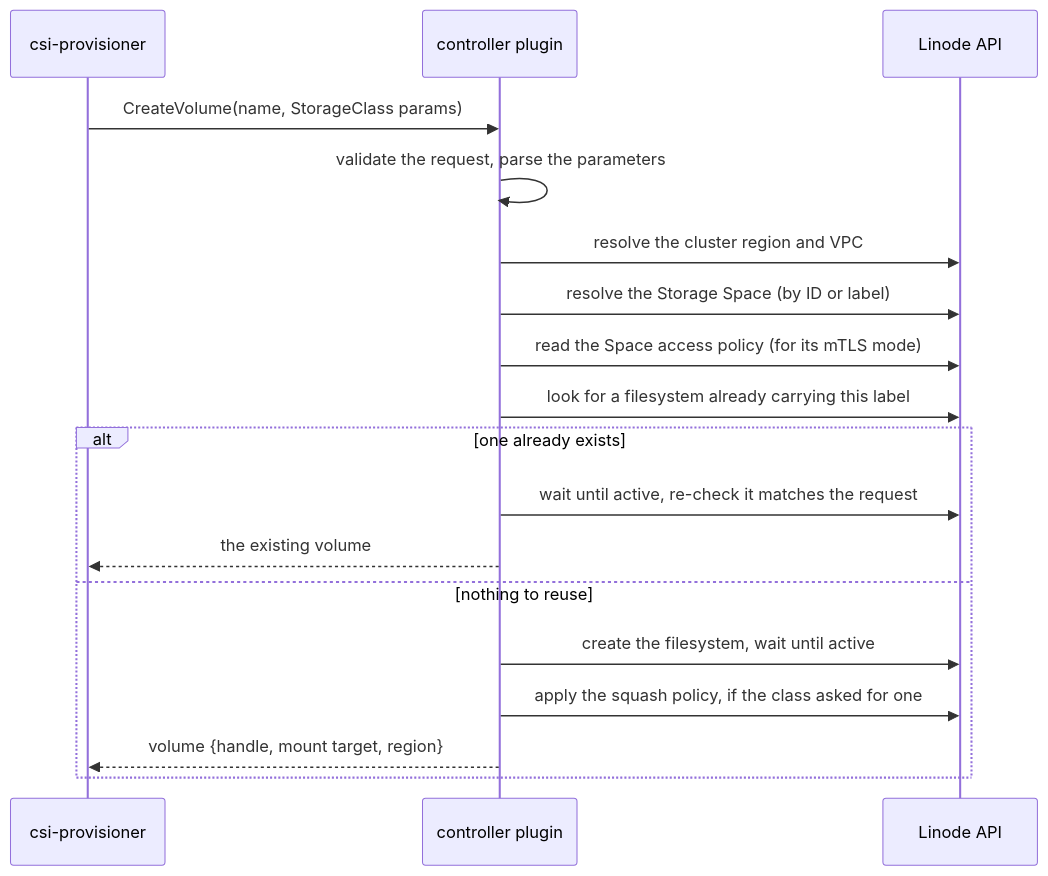
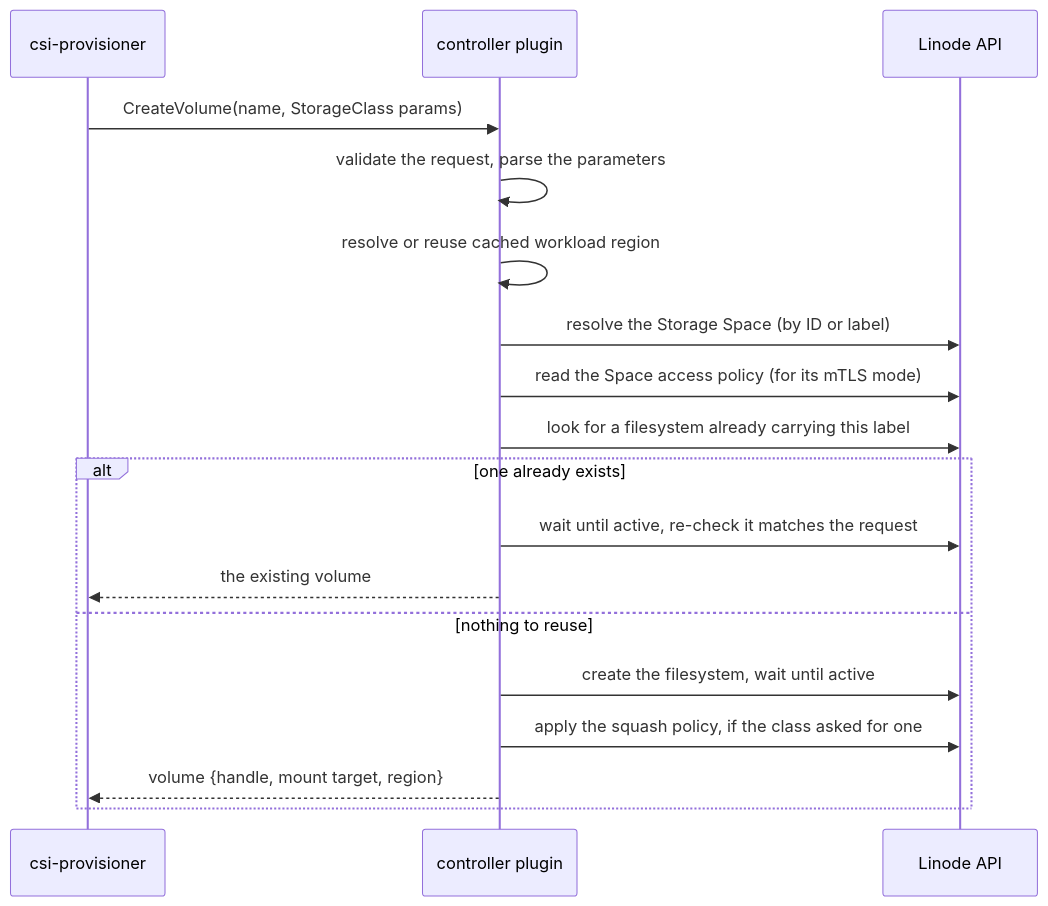
The first of 3 diagrams in docs/architecture.md (linode/linode-filestorage-csi-driver), drawn with Mermaid before and after one commit. The commit also changed other lines of this file and 20 other files, not shown here.

First line of the commit message:
[improvement] Cache controller region discovery and remove VPC lookups (#105)

````diff
--- a/docs/architecture.md
+++ b/docs/architecture.md
@@ -201,20 +193,20 @@
 ```mermaid
 sequenceDiagram
     participant P as csi-provisioner
     participant C as controller plugin
     participant L as Linode API
     P->>C: CreateVolume(name, StorageClass params)
     C->>C: validate the request, parse the parameters
-    C->>L: resolve the cluster region and VPC
+    C->>C: resolve or reuse cached workload region
     C->>L: resolve the Storage Space (by ID or label)
     C->>L: read the Space access policy (for its mTLS mode)
     C->>L: look for a filesystem already carrying this label
     alt one already exists
         C->>L: wait until active, re-check it matches the request
         C-->>P: the existing volume
     else nothing to reuse
         C->>L: create the filesystem, wait until active
         C->>L: apply the squash policy, if the class asked for one
         C-->>P: volume {handle, mount target, region}
     end
 ```
````
